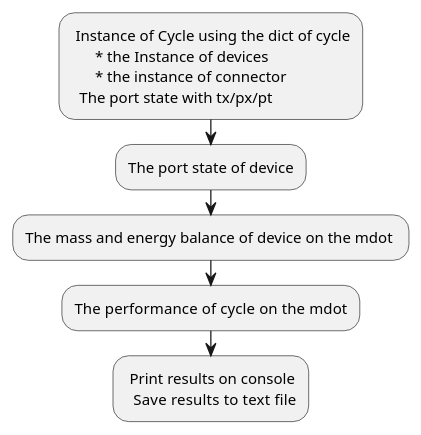
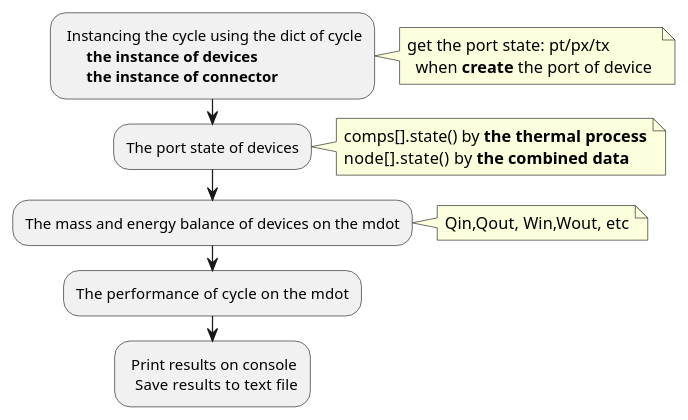
The first of 28 diagrams in P2/PlantUML_Flowchart.md (thermalogic/Practices), drawn with PlantUML before and after one commit. The commit also changed other lines of this file and 2 other files, not shown here.

Commit message:
update fig

````diff
--- a/P2/PlantUML_Flowchart.md
+++ b/P2/PlantUML_Flowchart.md
@@ -40,11 +37,22 @@
 ```puml
-: Instance of Cycle using the dict of cycle 
-      * the Instance of devices    
-      * the instance of connector             
-  The port state with tx/px/pt;
-:The port state of device;
-:The mass and energy balance of device on the mdot ;
+: Instancing the cycle using the dict of cycle 
+      **the instance of devices**    
+      **the instance of connector**;
+note right
+    get the port state: pt/px/tx 
+      when **create** the port of device 
+end note
+:The port state of devices;
+note right
+    comps[].state() by **the thermal process**
+    node[].state()  by **the combined data**
+end note
+:The mass and energy balance of devices on the mdot;
+note right
+    Qin,Qout, Win,Wout, etc
+end note
+
 :The performance of cycle  on the mdot;
 : Print results on console  
   Save  results to text file; 
 ```
````
